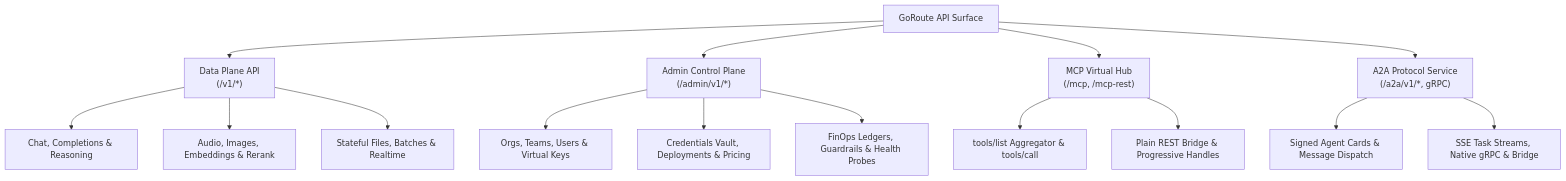
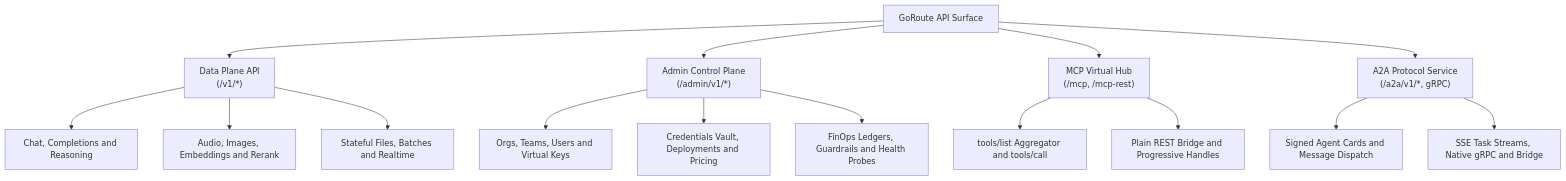
One commit to goroute-ai/goroute-ai.github.io changed the diagram in docs/api-reference/overview.md. Above: the diagram before and after it, drawn with Mermaid. The commit also changed 13 other files, not shown here.

Commit message:
fix(docs): resolve Mermaid syntax errors and unquoted edge labels across guides

````diff
--- a/docs/api-reference/overview.md
+++ b/docs/api-reference/overview.md
@@ -19,21 +19,21 @@
 ```mermaid
 flowchart TD
     Index["GoRoute API Surface"] --> DP["Data Plane API<br/>(/v1/*)"]
     Index --> Admin["Admin Control Plane<br/>(/admin/v1/*)"]
     Index --> MCP["MCP Virtual Hub<br/>(/mcp, /mcp-rest)"]
     Index --> A2A["A2A Protocol Service<br/>(/a2a/v1/*, gRPC)"]
 
-    DP --> DP1["Chat, Completions &amp; Reasoning"]
-    DP --> DP2["Audio, Images, Embeddings &amp; Rerank"]
-    DP --> DP3["Stateful Files, Batches &amp; Realtime"]
+    DP --> DP1["Chat, Completions and Reasoning"]
+    DP --> DP2["Audio, Images, Embeddings and Rerank"]
+    DP --> DP3["Stateful Files, Batches and Realtime"]
 
-    Admin --> AD1["Orgs, Teams, Users &amp; Virtual Keys"]
-    Admin --> AD2["Credentials Vault, Deployments &amp; Pricing"]
-    Admin --> AD3["FinOps Ledgers, Guardrails &amp; Health Probes"]
+    Admin --> AD1["Orgs, Teams, Users and Virtual Keys"]
+    Admin --> AD2["Credentials Vault, Deployments and Pricing"]
+    Admin --> AD3["FinOps Ledgers, Guardrails and Health Probes"]
 
-    MCP --> M1["tools/list Aggregator &amp; tools/call"]
-    MCP --> M2["Plain REST Bridge &amp; Progressive Handles"]
+    MCP --> M1["tools/list Aggregator and tools/call"]
+    MCP --> M2["Plain REST Bridge and Progressive Handles"]
 
-    A2A --> A1["Signed Agent Cards &amp; Message Dispatch"]
-    A2A --> A2["SSE Task Streams, Native gRPC &amp; Bridge"]
+    A2A --> A1["Signed Agent Cards and Message Dispatch"]
+    A2A --> A2["SSE Task Streams, Native gRPC and Bridge"]
 ```
````
